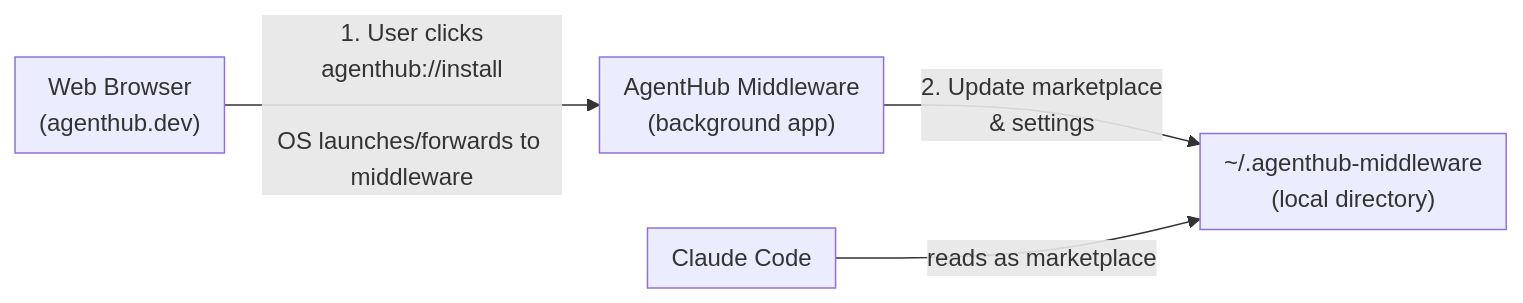
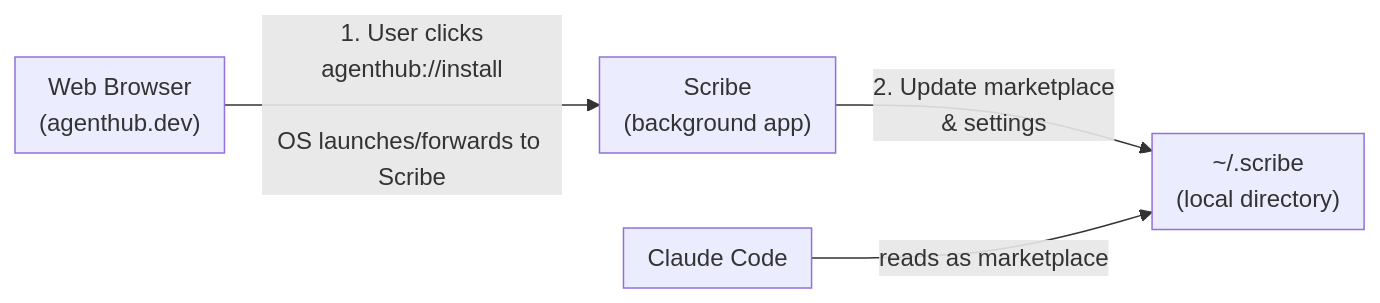
The first of 2 diagrams in README.md (usescrolls/scribe), drawn with Mermaid before and after one commit. The commit also changed other lines of this file and 24 other files, not shown here.

First line of the commit message:
♻️ refactor: rename agenthub-middleware to scribe

````diff
--- a/README.md
+++ b/README.md
@@ -11,15 +11,15 @@
 ```mermaid
 flowchart LR
     subgraph Browser["Web Browser<br/>(agenthub.dev)"]
     end
-    subgraph Middleware["AgentHub Middleware<br/>(background app)"]
+    subgraph Scribe["Scribe<br/>(background app)"]
     end
     subgraph Claude["Claude Code"]
     end
-    subgraph Storage["~/.agenthub-middleware<br/>(local directory)"]
+    subgraph Storage["~/.scribe<br/>(local directory)"]
     end
 
-    Browser -->|"1. User clicks<br/>agenthub://install<br/><br/>OS launches/forwards to middleware"| Middleware
-    Middleware -->|"2. Update marketplace<br/>& settings"| Storage
+    Browser -->|"1. User clicks<br/>agenthub://install<br/><br/>OS launches/forwards to Scribe"| Scribe
+    Scribe -->|"2. Update marketplace<br/>& settings"| Storage
     Claude -->|"reads as marketplace"| Storage
 ```
````
